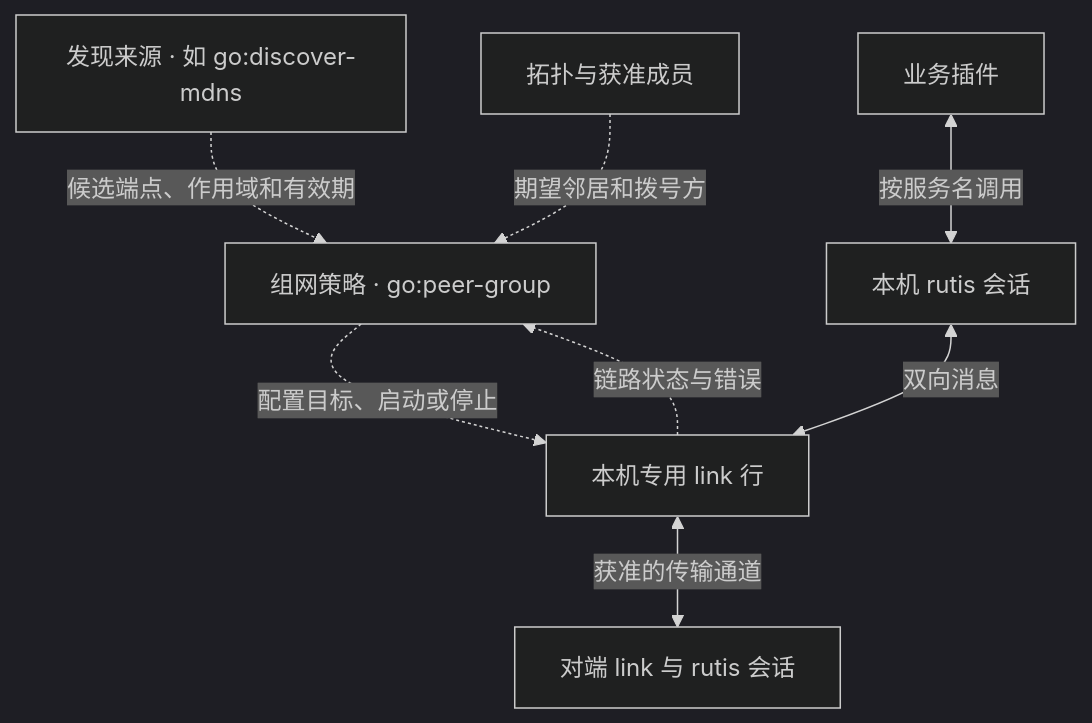
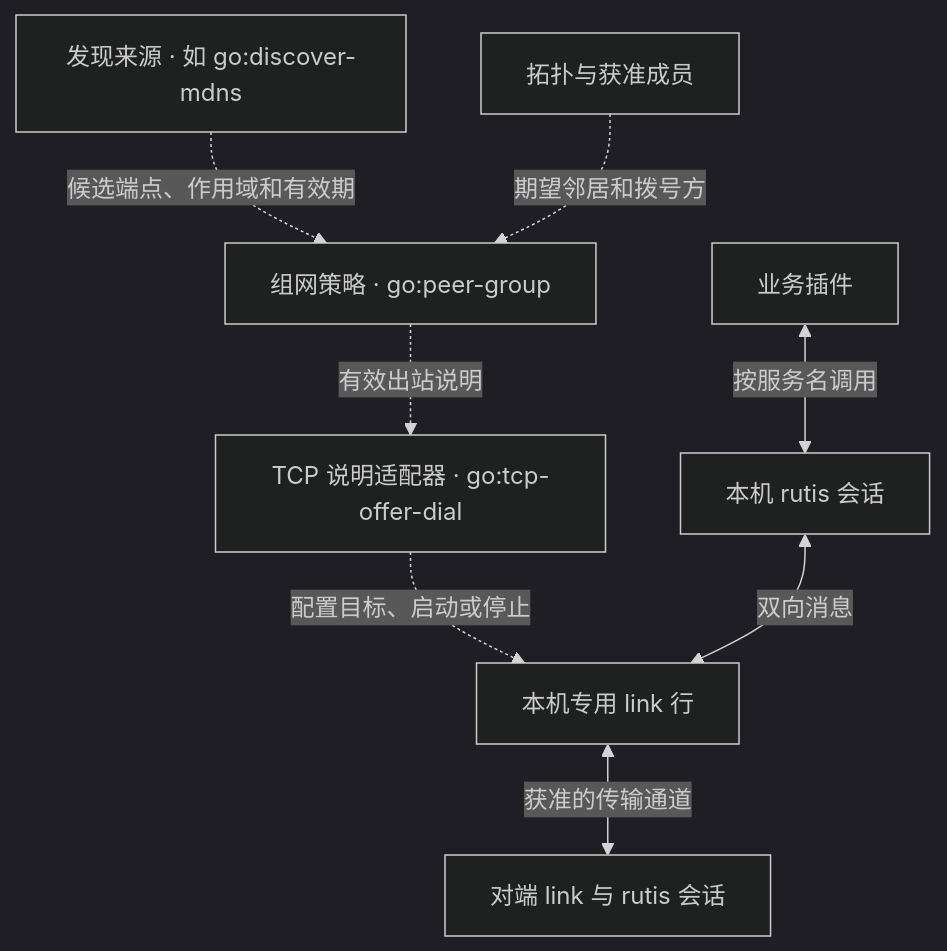
Before and after one commit to arcships/rutis-network: the ninth of 9 diagrams in docs/research/network-groups.md, drawn with Mermaid (dark theme). The commit also changed other lines of this file and 10 other files, not shown here.

````diff
--- a/docs/research/network-groups.md
+++ b/docs/research/network-groups.md
@@ -234,10 +234,10 @@
 ```mermaid
 flowchart TB
     discovery["发现来源 · 如 go:discover-mdns"] -. 候选端点、作用域和有效期 .-> group["组网策略 · go:peer-group"]
     topology["拓扑与获准成员"] -. 期望邻居和拨号方 .-> group
-    group -. 配置目标、启动或停止 .-> link["本机专用 link 行"]
-    link -. 链路状态与错误 .-> group
+    group -. 有效出站说明 .-> adapter["TCP 说明适配器 · go:tcp-offer-dial"]
+    adapter -. 配置目标、启动或停止 .-> link["本机专用 link 行"]
     app["业务插件"] <-->|按服务名调用| session
     session["本机 rutis 会话"] <-->|双向消息| link
     link <-->|获准的传输通道| peer["对端 link 与 rutis 会话"]
 ```
````
